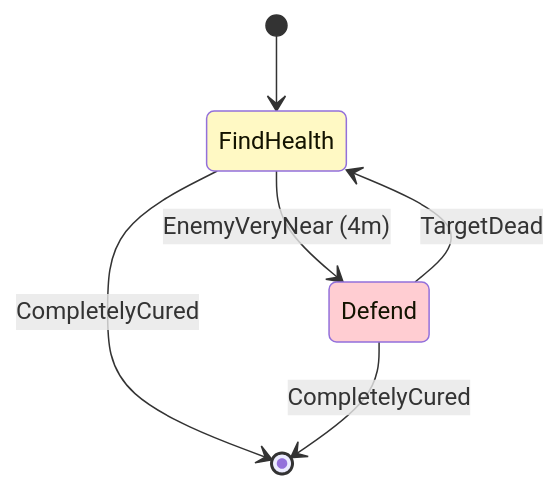
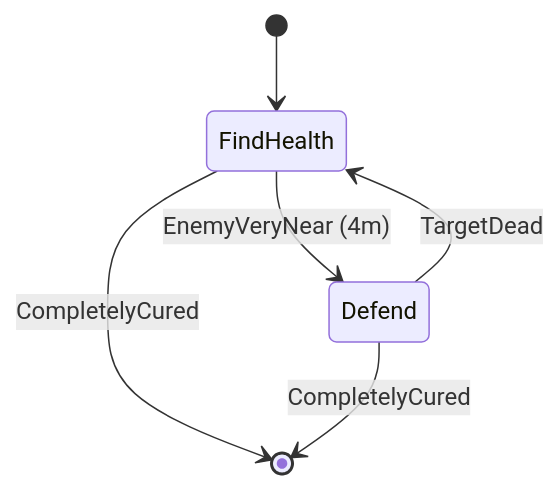
One commit to Kang-Hsi/hfsm-bt changed the fourth of 5 diagrams in README.md. Above: the diagram before and after it, drawn with Mermaid. The commit also changed other lines of this file, not shown here.

````diff
--- a/README.md
+++ b/README.md
@@ -563,18 +556,15 @@
     ```mermaid
     ---
     config:
-    theme: base
+    theme: dark
     look: neo
     ---
     stateDiagram
     direction TB
 
     [*] --> FindHealth
     FindHealth --> Defend: EnemyVeryNear (4m)
     Defend --> FindHealth: TargetDead
     FindHealth --> [*]: CompletelyCured
     Defend --> [*]: CompletelyCured
-
-    style FindHealth fill:#FFF9C4
-    style Defend fill:#FFCDD2
     ```
````
